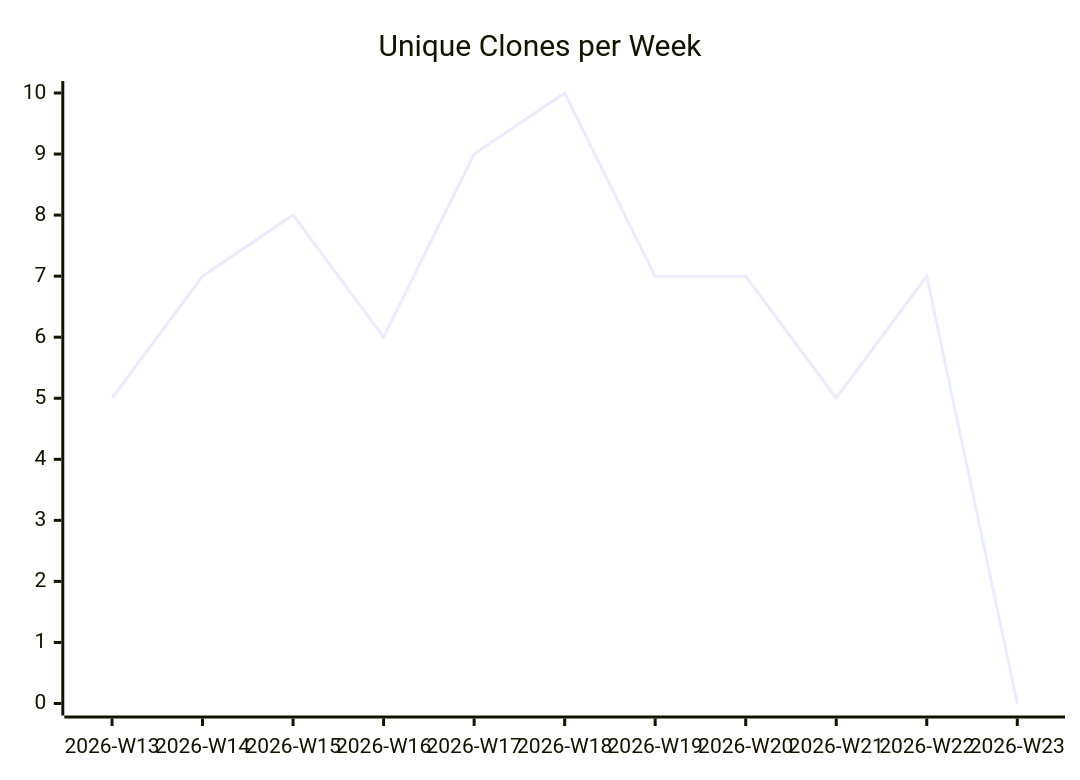
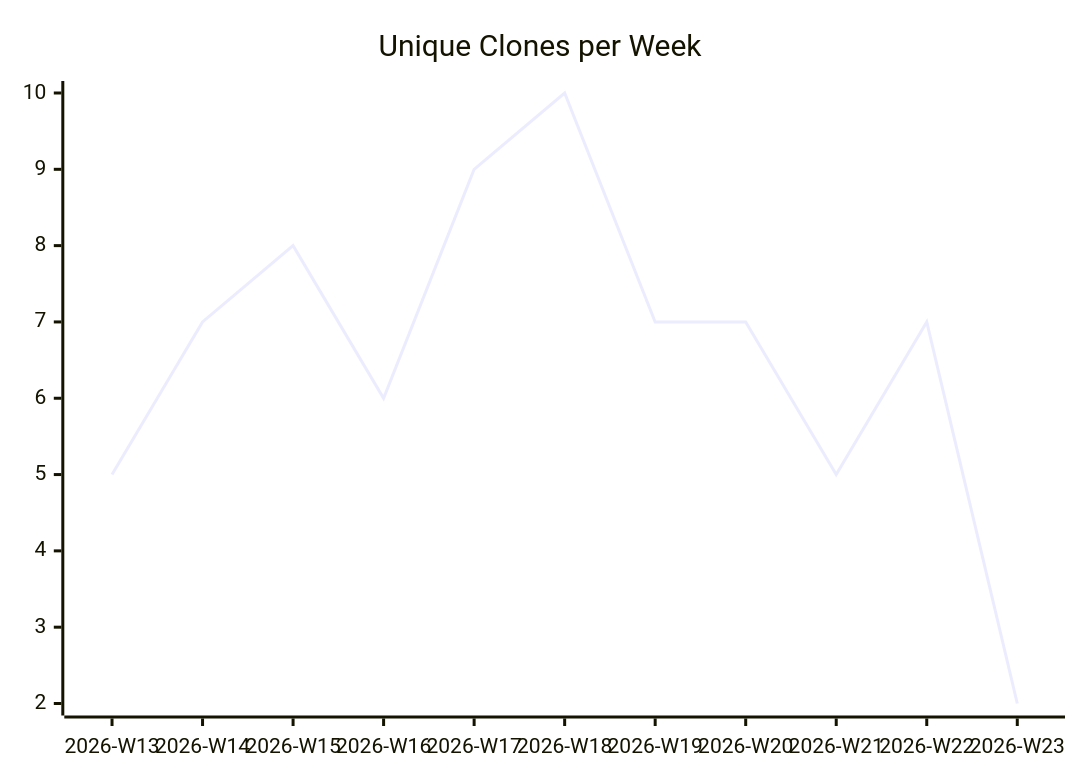
One commit to justdavis-family/github-analytics-data changed the third of 3 diagrams in karlmdavis/ansible-role-jenkins2/README.md. Above: the diagram before and after it, drawn with Mermaid. The commit also changed other lines of this file and 189 other files, not shown here.

````diff
--- a/karlmdavis/ansible-role-jenkins2/README.md
+++ b/karlmdavis/ansible-role-jenkins2/README.md
@@ -19,6 +19,6 @@
 ```mermaid
 xychart-beta
   title "Unique Clones per Week"
   x-axis ["2026-W13", "2026-W14", "2026-W15", "2026-W16", "2026-W17", "2026-W18", "2026-W19", "2026-W20", "2026-W21", "2026-W22", "2026-W23"]
-  line [5, 7, 8, 6, 9, 10, 7, 7, 5, 7, 0]
+  line [5, 7, 8, 6, 9, 10, 7, 7, 5, 7, 2]
 ```
````
